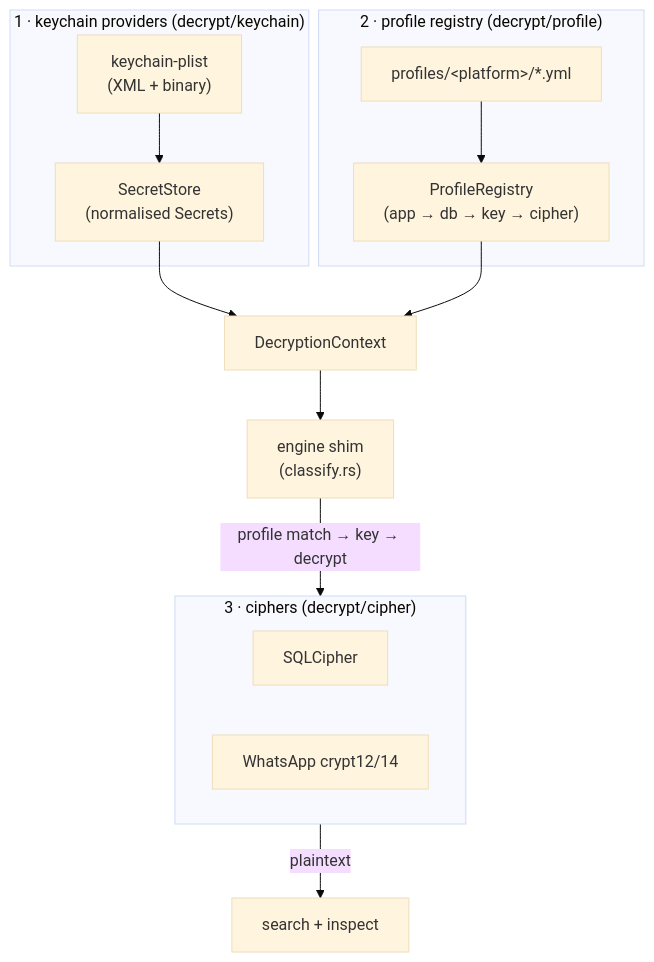
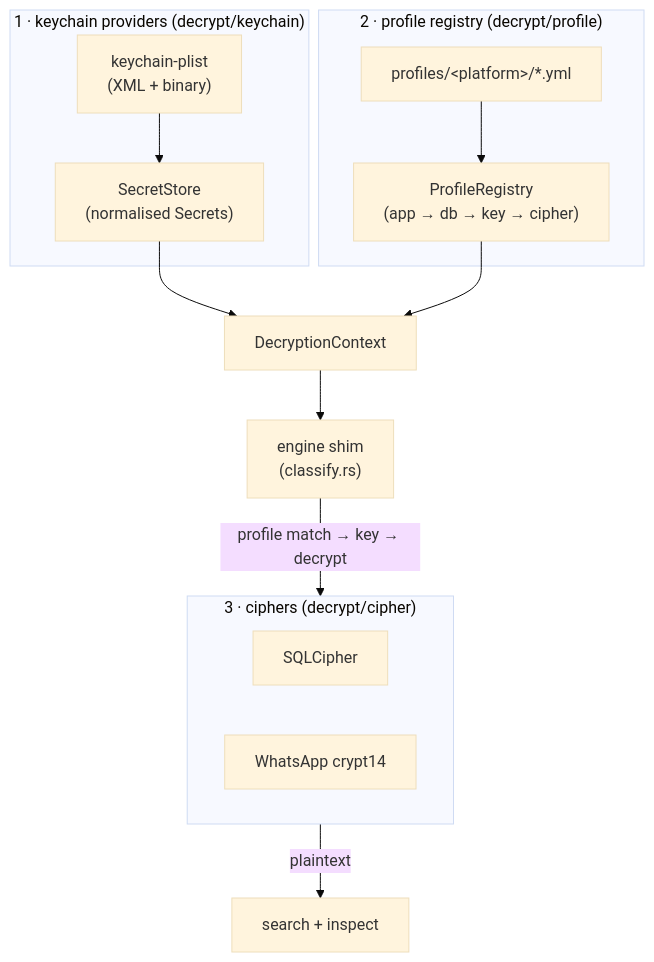
One commit to Ben0x0a/mf-scan changed the first of 2 diagrams in docs/decryption.md. Above: the diagram before and after it, drawn with Mermaid (base theme). The commit also changed other lines of this file and 10 other files, not shown here.

First line of the commit message:
fix: decrypt real WhatsApp crypt14 backups, with the key file from the extraction

````diff
--- a/docs/decryption.md
+++ b/docs/decryption.md
@@ -28,18 +28,18 @@
 ```mermaid
 flowchart TD
     subgraph providers["1 · keychain providers (decrypt/keychain)"]
         KP["keychain-plist<br/>(XML + binary)"] --> SS["SecretStore<br/>(normalised Secrets)"]
     end
     subgraph registry["2 · profile registry (decrypt/profile)"]
         YAML["profiles/&lt;platform&gt;/*.yml"] --> REG["ProfileRegistry<br/>(app → db → key → cipher)"]
     end
     subgraph ciphers["3 · ciphers (decrypt/cipher)"]
         SQL["SQLCipher"]
-        WA["WhatsApp crypt12/14"]
+        WA["WhatsApp crypt14"]
     end
     SS --> CTX["DecryptionContext"]
     REG --> CTX
     CTX --> SHIM["engine shim<br/>(classify.rs)"]
     SHIM -->|"profile match → key → decrypt"| ciphers
     ciphers -->|plaintext| SEARCH["search + inspect"]
 ```
````
